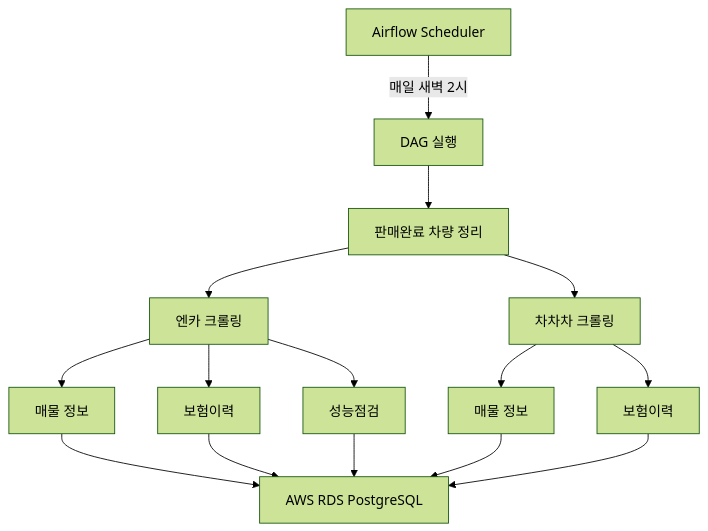
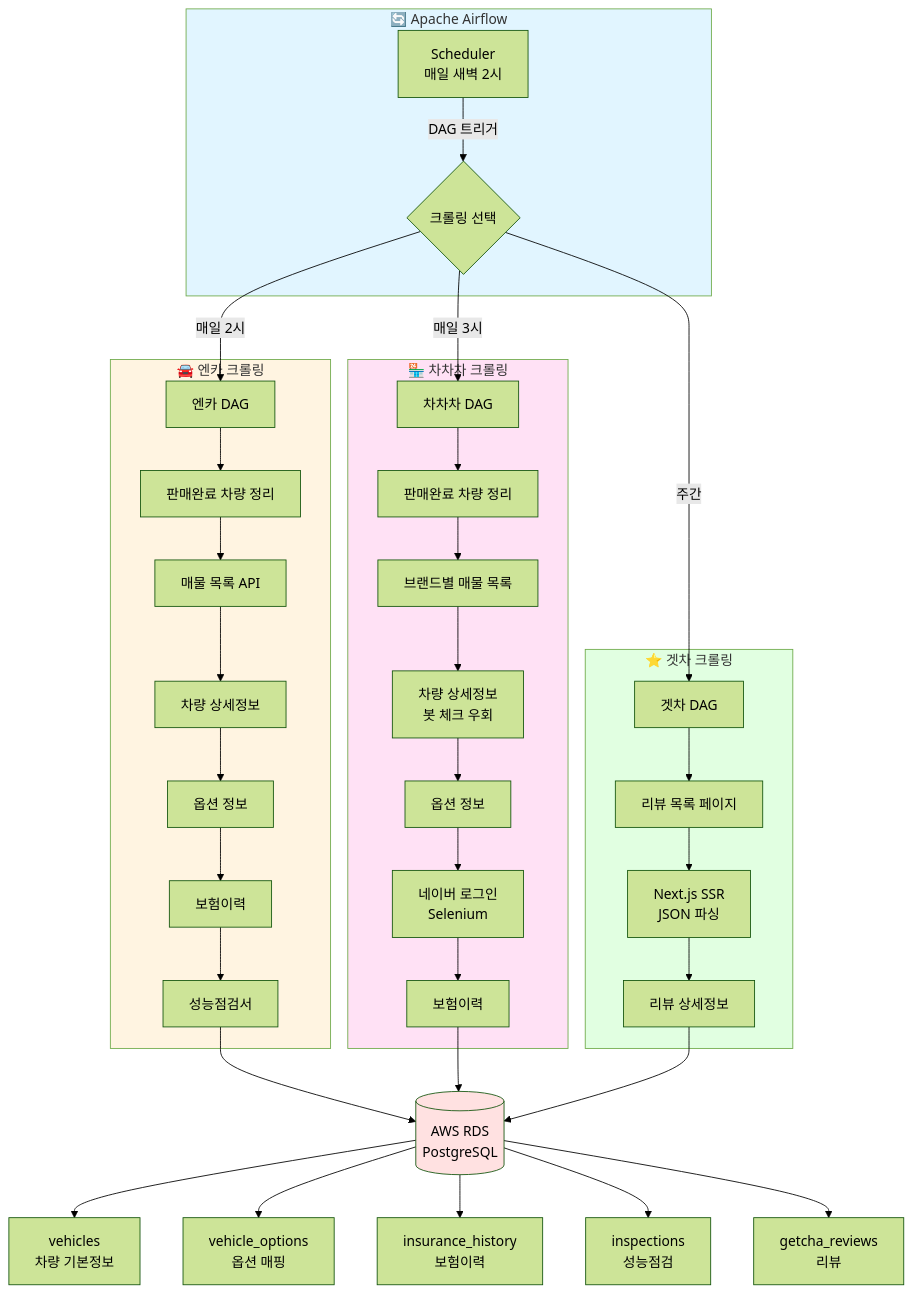
The diagram in README.md (SeSAC-DA1/DATA-PIPELINE), drawn with Mermaid (forest theme) before and after one commit. The commit also changed other lines of this file and 2 other files, not shown here.

````diff
--- a/README.md
+++ b/README.md
@@ -238,17 +157,50 @@
 ```mermaid
 graph TB
-    A[Airflow Scheduler] -->|매일 새벽 2시| B[DAG 실행]
-    B --> C[판매완료 차량 정리]
-    C --> D1[엔카 크롤링]
-    C --> E1[차차차 크롤링]
-    D1 --> D2[매물 정보]
-    D1 --> D3[보험이력]
-    D1 --> D4[성능점검]
-    E1 --> E2[매물 정보]
-    E1 --> E3[보험이력]
-    D2 --> F[AWS RDS PostgreSQL]
-    D3 --> F
-    D4 --> F
-    E2 --> F
+    subgraph Airflow["🔄 Apache Airflow"]
+        A[Scheduler<br/>매일 새벽 2시] -->|DAG 트리거| B{크롤링 선택}
+    end
+    
+    B -->|매일 2시| C[엔카 DAG]
+    B -->|매일 3시| D[차차차 DAG]
+    B -->|주간| E[겟차 DAG]
+    
+    subgraph Encar["🚘 엔카 크롤링"]
+        C --> C1[판매완료 차량 정리]
+        C1 --> C2[매물 목록 API]
+        C2 --> C3[차량 상세정보]
+        C3 --> C4[옵션 정보]
+        C4 --> C5[보험이력]
+        C5 --> C6[성능점검서]
+    end
+    
+    subgraph Chacha["🏪 차차차 크롤링"]
+        D --> D1[판매완료 차량 정리]
+        D1 --> D2[브랜드별 매물 목록]
+        D2 --> D3[차량 상세정보<br/>봇 체크 우회]
+        D3 --> D4[옵션 정보]
+        D4 --> D5[네이버 로그인<br/>Selenium]
+        D5 --> D6[보험이력]
+    end
+    
+    subgraph Getcha["⭐ 겟차 크롤링"]
+        E --> E1[리뷰 목록 페이지]
+        E1 --> E2[Next.js SSR<br/>JSON 파싱]
+        E2 --> E3[리뷰 상세정보]
+    end
+    
+    C6 --> F[(AWS RDS<br/>PostgreSQL)]
+    D6 --> F
     E3 --> F
+    
+    F --> G[vehicles<br/>차량 기본정보]
+    F --> H[vehicle_options<br/>옵션 매핑]
+    F --> I[insurance_history<br/>보험이력]
+    F --> J[inspections<br/>성능점검]
+    F --> K[getcha_reviews<br/>리뷰]
+    
+    style Airflow fill:#e1f5ff
+    style Encar fill:#fff4e1
+    style Chacha fill:#ffe1f5
+    style Getcha fill:#e1ffe1
+    style F fill:#ffe1e1
 ```
````
